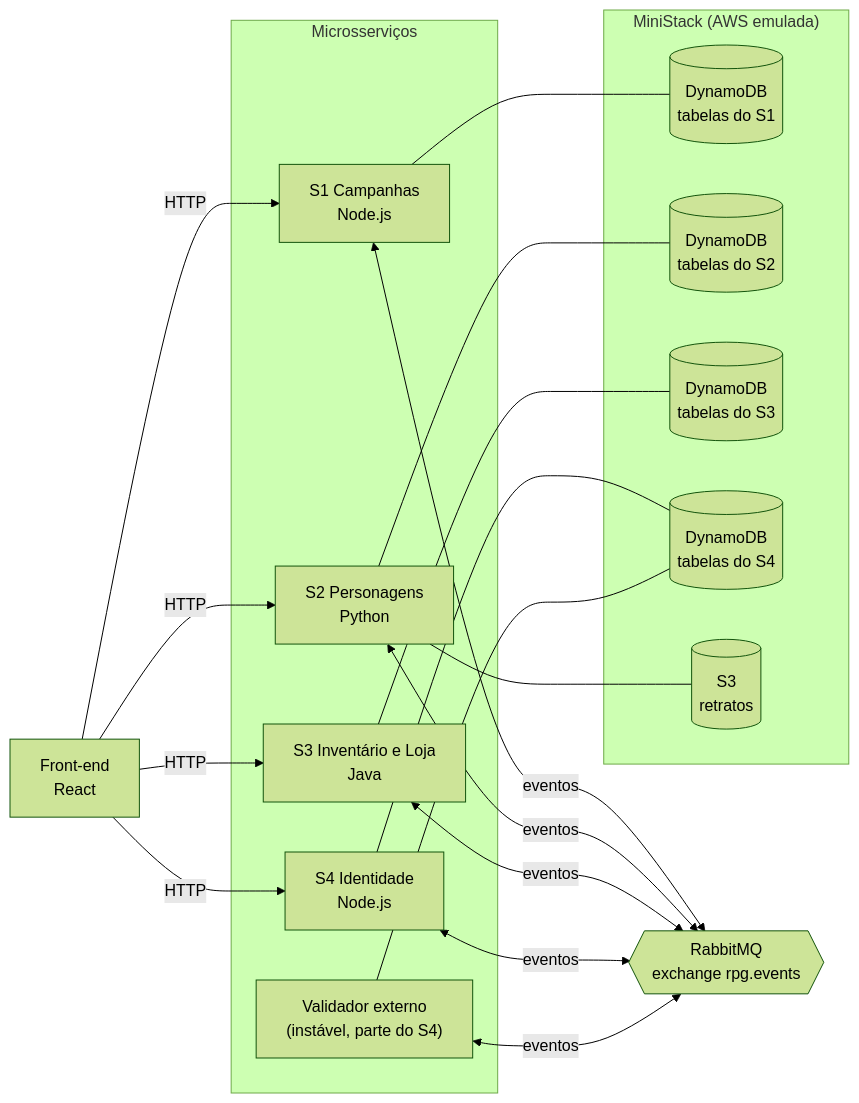
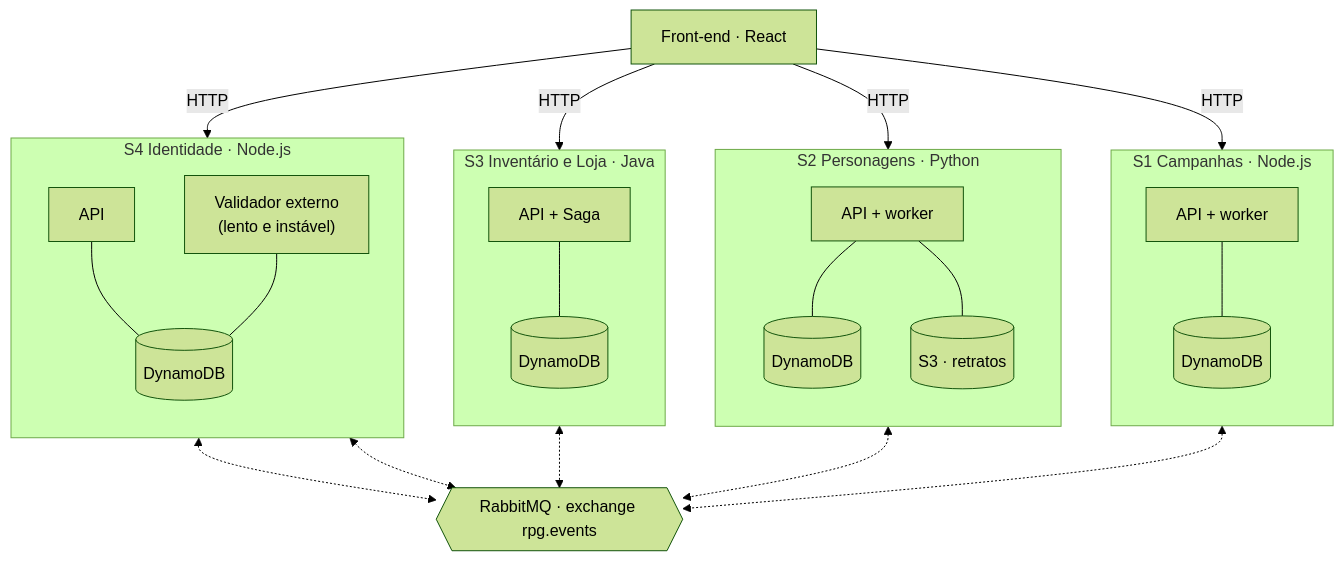
One commit to Lucas-Henschel/rpg-nexus changed the diagram in README.md. Above: the diagram before and after it, drawn with Mermaid (forest theme). The commit also changed other lines of this file, not shown here.

Commit message:
docs: diagrama de arquitetura por serviço no README

````diff
--- a/README.md
+++ b/README.md
@@ -18,31 +18,28 @@
 ```mermaid
-flowchart LR
-    FE["Front-end<br/>React"]
+flowchart TB
+    FE["Front-end · React"]
 
-    subgraph servicos["Microsserviços"]
-        S1["S1 Campanhas<br/>Node.js"]
-        S2["S2 Personagens<br/>Python"]
-        S3["S3 Inventário e Loja<br/>Java"]
-        S4["S4 Identidade<br/>Node.js"]
-        V["Validador externo<br/>(instável, parte do S4)"]
+    subgraph S1["S1 Campanhas · Node.js"]
+        direction TB
+        A1["API + worker"] --- D1[("DynamoDB")]
+    end
+    subgraph S2["S2 Personagens · Python"]
+        direction TB
+        A2["API + worker"] --- D2[("DynamoDB")]
+        A2 --- B2[("S3 · retratos")]
+    end
+    subgraph S3["S3 Inventário e Loja · Java"]
+        direction TB
+        A3["API + Saga"] --- D3[("DynamoDB")]
+    end
+    subgraph S4["S4 Identidade · Node.js"]
+        direction TB
+        A4["API"] --- D4[("DynamoDB")]
+        V4["Validador externo<br/>(lento e instável)"] --- D4
     end
 
-    MQ{{"RabbitMQ<br/>exchange rpg.events"}}
+    MQ{{"RabbitMQ · exchange rpg.events"}}
 
-    subgraph nuvem["MiniStack (AWS emulada)"]
-        D1[("DynamoDB<br/>tabelas do S1")]
-        D2[("DynamoDB<br/>tabelas do S2")]
-        D3[("DynamoDB<br/>tabelas do S3")]
-        D4[("DynamoDB<br/>tabelas do S4")]
-        B[("S3<br/>retratos")]
-    end
-
-    FE -- HTTP --> S1 & S2 & S3 & S4
-    S1 & S2 & S3 & S4 & V <-- eventos --> MQ
-    S1 --- D1
-    S2 --- D2
-    S2 --- B
-    S3 --- D3
-    S4 --- D4
-    V --- D4
+    FE -- HTTP --> A1 & A2 & A3 & A4
+    A1 & A2 & A3 & A4 & V4 <-.-> MQ
 ```
````
